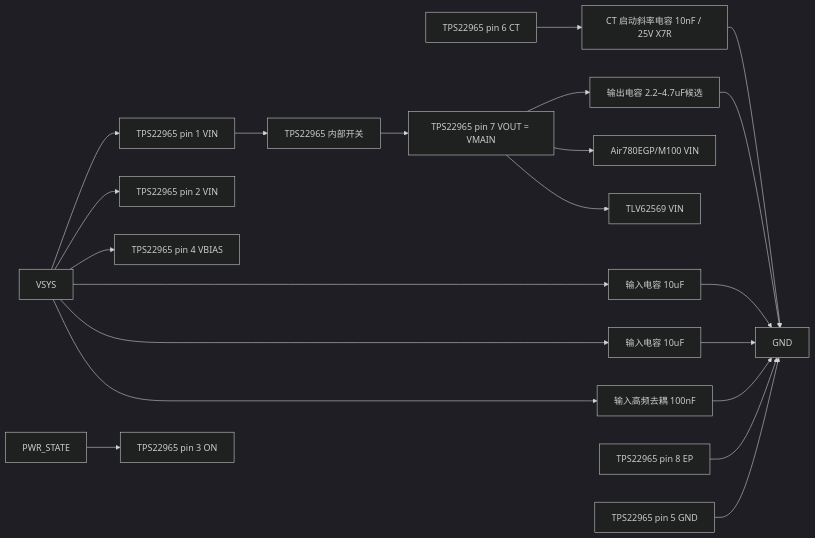
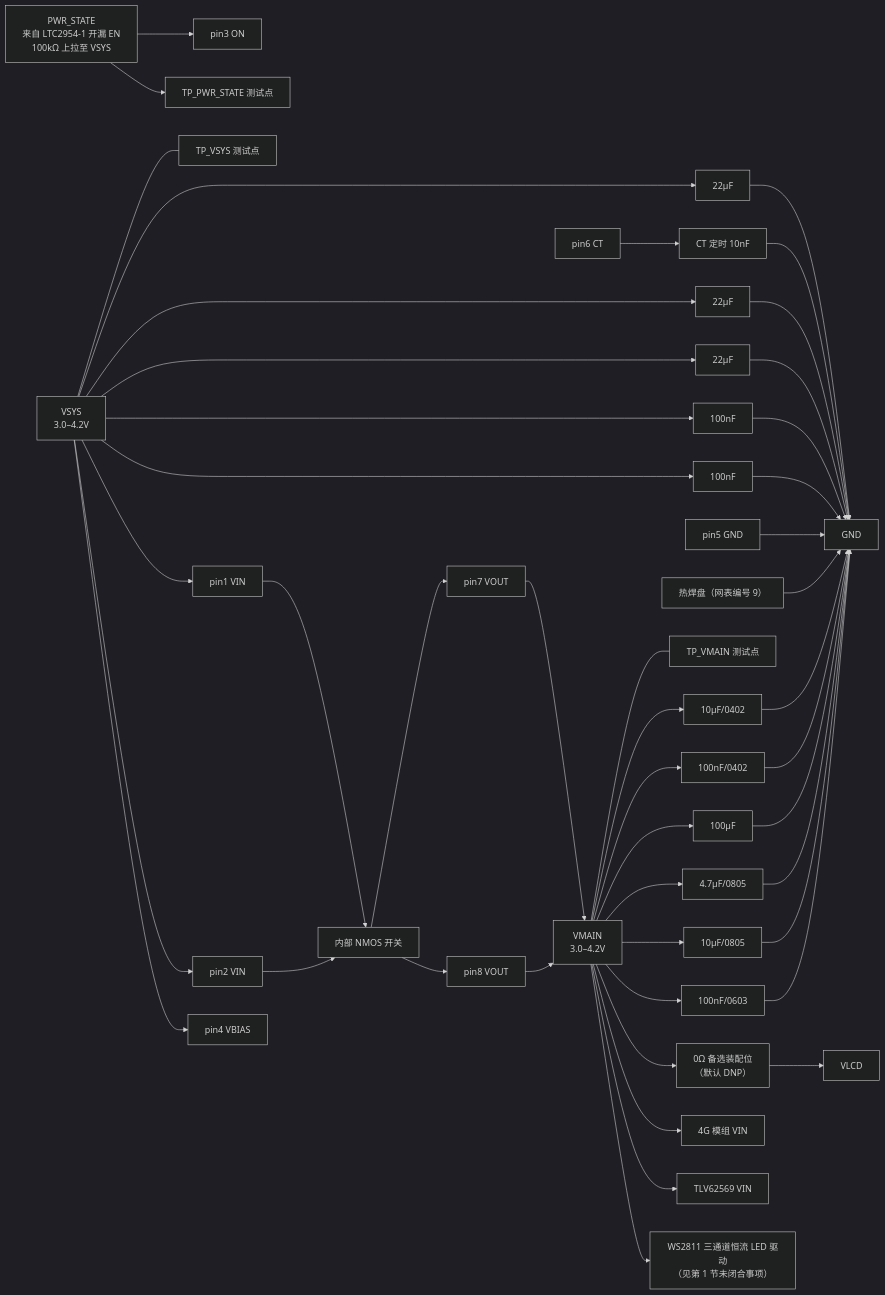
Before and after one commit to zhanghongchen1213/Electronic_Wooden_Fish: the diagram in docs/hardware/外围电路设计/TPS22965DSGR外围电路设计与接线.md, drawn with Mermaid (dark theme). The commit also changed other lines of this file and 22 other files, not shown here.

````diff
--- a/docs/hardware/外围电路设计/TPS22965DSGR外围电路设计与接线.md
+++ b/docs/hardware/外围电路设计/TPS22965DSGR外围电路设计与接线.md
@@ -36,22 +88,48 @@
 ```mermaid
 flowchart LR
-  VSYS[VSYS] --> VIN1[TPS22965 pin 1 VIN]
-  VSYS --> VIN2[TPS22965 pin 2 VIN]
-  VSYS --> VBIAS[TPS22965 pin 4 VBIAS]
-  VSYS --> CIN1[输入电容 10uF]
-  VSYS --> CIN2[输入电容 10uF]
-  VSYS --> CIN3[输入高频去耦 100nF]
-  CIN1 --> GND[GND]
-  CIN2 --> GND
-  CIN3 --> GND
-  PWR[PWR_STATE] --> ON[TPS22965 pin 3 ON]
-  CT[TPS22965 pin 6 CT] --> CCT[CT 启动斜率电容 10nF / 25V X7R] --> GND
-  VIN1 --> SW[TPS22965 内部开关]
-  SW --> VOUT[TPS22965 pin 7 VOUT = VMAIN]
-  VOUT --> COUT[输出电容 2.2–4.7uF候选]
-  COUT --> GND
-  VOUT --> MODEM[Air780EGP/M100 VIN]
-  VOUT --> BUCK[TLV62569 VIN]
-  EPPIN[TPS22965 pin 8 EP] --> GND
-  GNDPIN[TPS22965 pin 5 GND] --> GND
+  VSYS["VSYS<br/>3.0–4.2V"]
+  VMAIN["VMAIN<br/>3.0–4.2V"]
+  GND["GND"]
+
+  VSYS --- TP_VSYS["TP_VSYS 测试点"]
+
+  VSYS --> CIN1["22µF"] --> GND
+  VSYS --> CIN2["22µF"] --> GND
+  VSYS --> CIN3["22µF"] --> GND
+  VSYS --> CIN4["100nF"] --> GND
+  VSYS --> CIN5["100nF"] --> GND
+
+  VSYS --> VIN1["pin1 VIN"]
+  VSYS --> VIN2["pin2 VIN"]
+  VSYS --> VBIAS["pin4 VBIAS"]
+
+  PWR_STATE["PWR_STATE<br/>来自 LTC2954-1 开漏 EN<br/>100kΩ 上拉至 VSYS"] --> ON["pin3 ON"]
+  PWR_STATE --> TP_PWR_STATE["TP_PWR_STATE 测试点"]
+
+  CT["pin6 CT"] --> CCT["CT 定时 10nF"] --> GND
+  GNDPIN["pin5 GND"] --> GND
+  EP["热焊盘（网表编号 9）"] --> GND
+
+  VIN1 --> SW["内部 NMOS 开关"]
+  VIN2 --> SW
+  SW --> VOUT7["pin7 VOUT"]
+  SW --> VOUT8["pin8 VOUT"]
+
+  VOUT7 --> VMAIN
+  VOUT8 --> VMAIN
+  VMAIN --- TP_VMAIN["TP_VMAIN 测试点"]
+
+  VMAIN --> COUT1["10µF/0402"] --> GND
+  VMAIN --> COUT2["100nF/0402"] --> GND
+  VMAIN --> COUT3["100µF"] --> GND
+  VMAIN --> COUT4["4.7µF/0805"] --> GND
+  VMAIN --> COUT5["10µF/0805"] --> GND
+  VMAIN --> COUT6["100nF/0603"] --> GND
+
+  VMAIN --> SEL["0Ω 备选装配位<br/>（默认 DNP）"]
+  SEL --> VLCD["VLCD"]
+
+  VMAIN --> MODEM["4G 模组 VIN"]
+  VMAIN --> BUCK["TLV62569 VIN"]
+  VMAIN --> WS2811["WS2811 三通道恒流 LED 驱动<br/>（见第 1 节未闭合事项）"]
 ```
````
